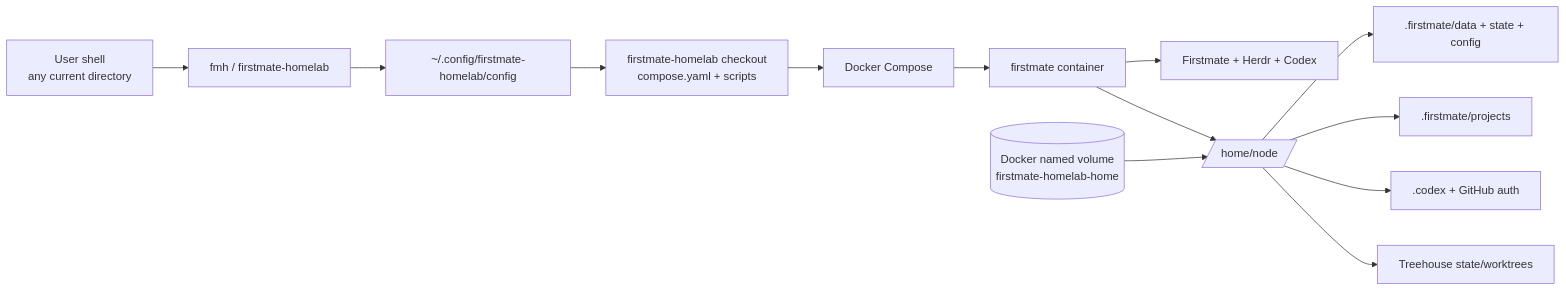
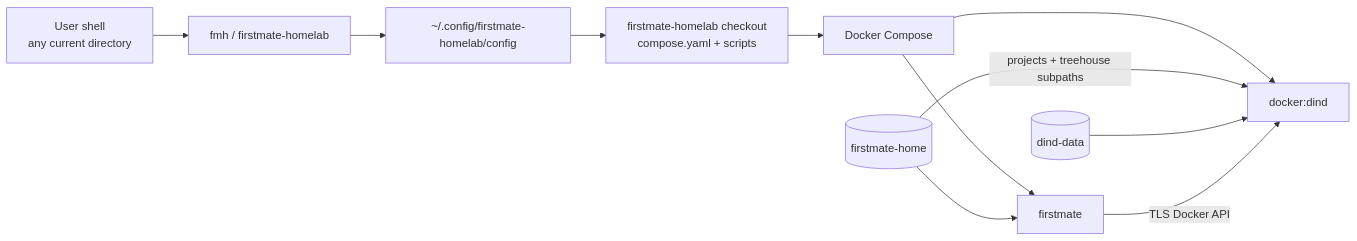
The diagram in docs/cli.md (yuyuimoe/secure-ai-homelab), drawn with Mermaid before and after one commit. The commit also changed other lines of this file, not shown here.

````diff
--- a/docs/cli.md
+++ b/docs/cli.md
@@ -67,15 +90,13 @@
 ```mermaid
 flowchart LR
     U[User shell\nany current directory] --> CLI[fmh / firstmate-homelab]
     CLI --> CFG[~/.config/firstmate-homelab/config]
     CFG --> REPO[firstmate-homelab checkout\ncompose.yaml + scripts]
-    REPO --> DOCKER[Docker Compose]
-    DOCKER --> C[firstmate container]
-    C --> FM[Firstmate + Herdr + Codex]
-    C --> HOME[/home/node/]
-    V[(Docker named volume\nfirstmate-homelab-home)] --> HOME
-    HOME --> STATE[.firstmate/data + state + config]
-    HOME --> PROJECTS[.firstmate/projects]
-    HOME --> AUTH[.codex + GitHub auth]
-    HOME --> TREE[Treehouse state/worktrees]
+    REPO --> COMPOSE[Docker Compose]
+    COMPOSE --> FM[firstmate]
+    COMPOSE --> DIND[docker:dind]
+    HOME[(firstmate-home)] --> FM
+    HOME -->|projects + treehouse subpaths| DIND
+    DATA[(dind-data)] --> DIND
+    FM -->|TLS Docker API| DIND
 ```
````
